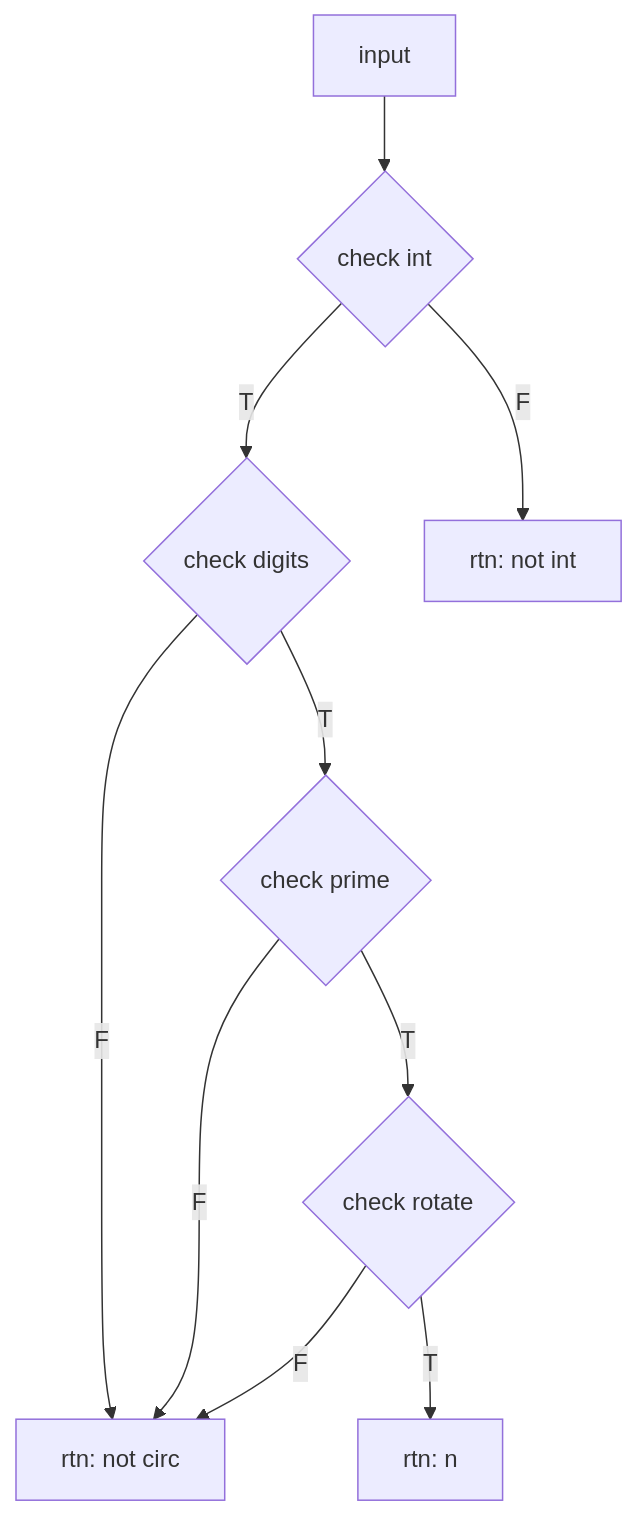
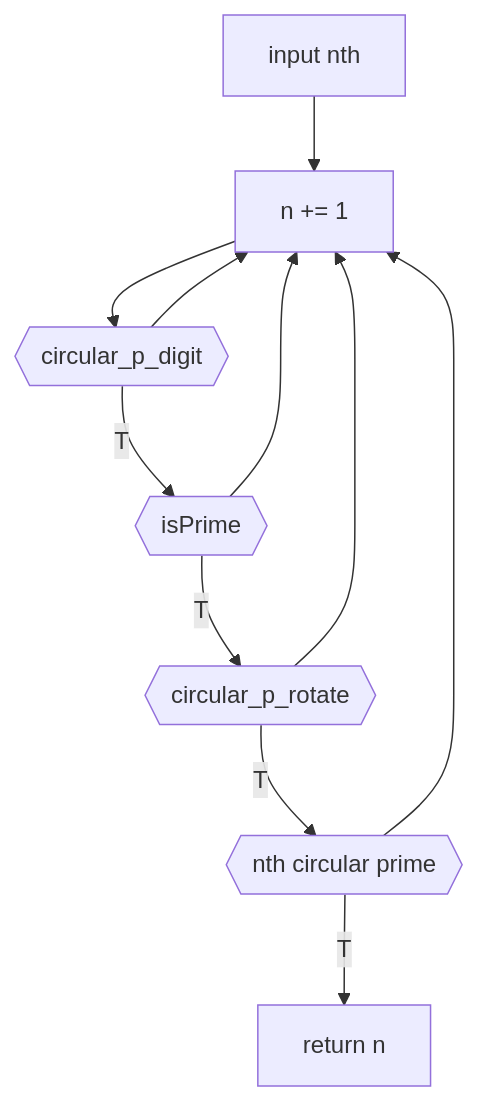
The first of 7 diagrams in test-diagram.md (snefrukai/15-112), drawn with Mermaid before and after one commit. The commit also changed other lines of this file and 8 other files, not shown here.

````diff
--- a/test-diagram.md
+++ b/test-diagram.md
@@ -5,18 +5,18 @@
 ```mermaid
 graph TD
-    input
-    --> 1{check int}
-        --F--> 91[rtn: not int]
-        1--T
-    --> 2{check digits}
-        -- F
-        --> 92[rtn: not circ]
+    0[input nth]
+    --> 1[n += 1]
+    --> 2{{circular_p_digit}}
+        --> 1
         2--T
-    --> 3{check prime}
-        --F--> 92
+    --> 3{{isPrime}}
+        --> 1
         3--T
-    --> 4{check rotate}
-        --F--> 92
+    --> 4{{circular_p_rotate}}
+        --> 1
         4--T
-    --> 90[rtn: n]
+    --> 6{{nth circular prime}}
+        --> 1
+        6--T
+    --> 9[return n]
 ```
````
